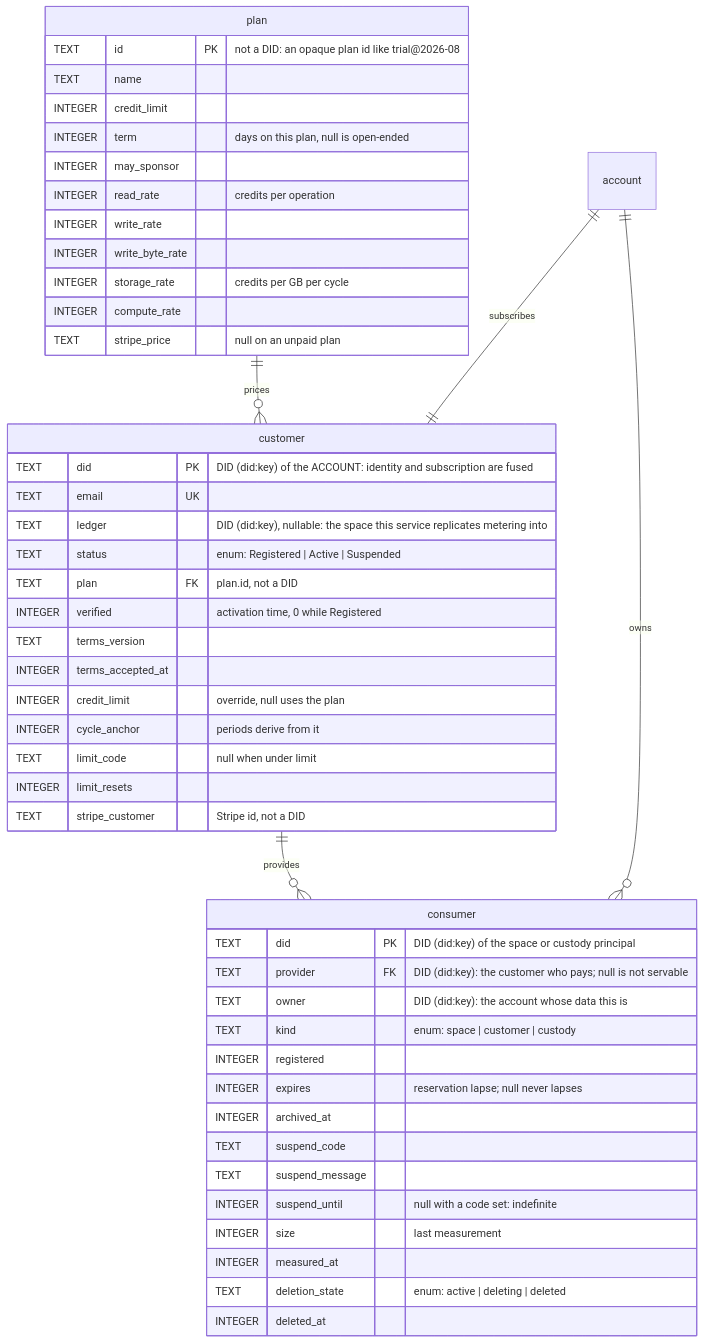
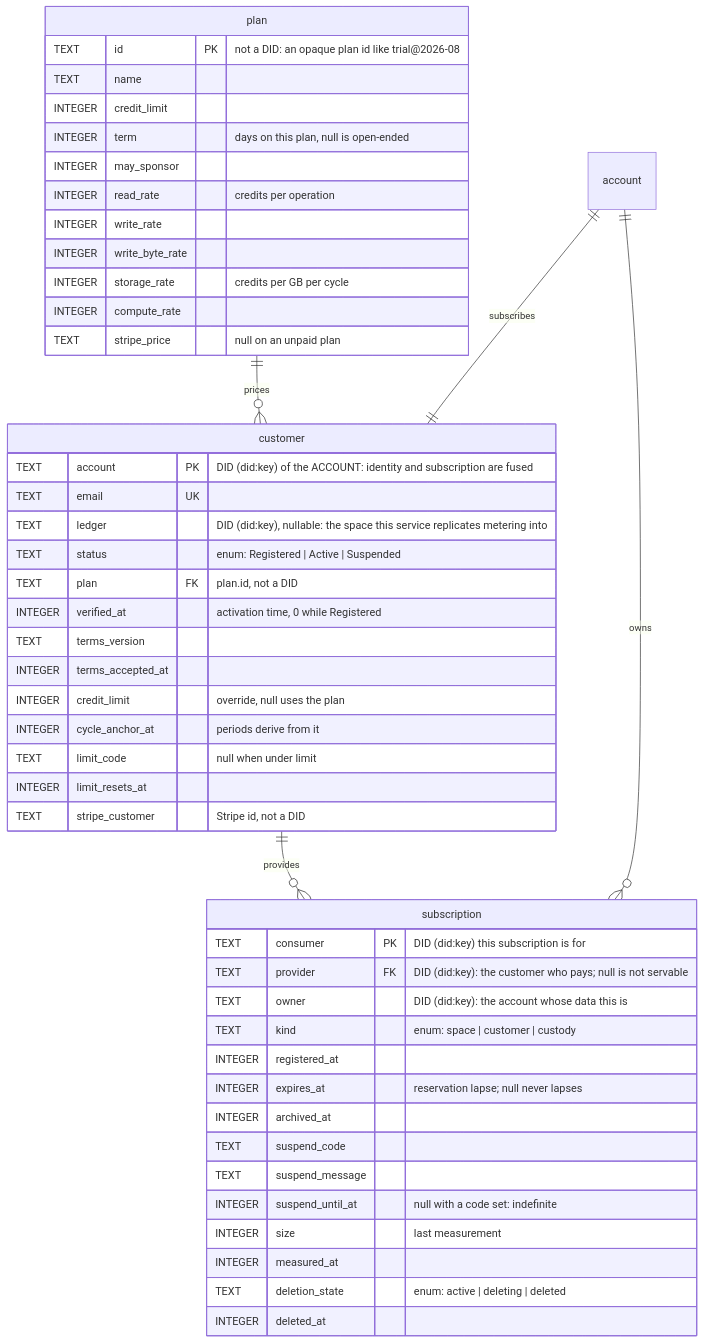
The first of 3 diagrams in docs/access-control-schema.md (tonk-labs/tonk), drawn with Mermaid before and after one commit. The commit also changed other lines of this file, not shown here.

Commit message:
docs(access): follow the schema renames

````diff
--- a/docs/access-control-schema.md
+++ b/docs/access-control-schema.md
@@ -13,54 +13,54 @@
 ```mermaid
 erDiagram
     plan ||--o{ customer : prices
     account ||--|| customer : subscribes
-    customer ||--o{ consumer : provides
-    account ||--o{ consumer : owns
+    customer ||--o{ subscription : provides
+    account ||--o{ subscription : owns
 
     plan {
         TEXT id PK "not a DID: an opaque plan id like trial@2026-08"
         TEXT name
         INTEGER credit_limit
         INTEGER term "days on this plan, null is open-ended"
         INTEGER may_sponsor
         INTEGER read_rate "credits per operation"
         INTEGER write_rate
         INTEGER write_byte_rate
         INTEGER storage_rate "credits per GB per cycle"
         INTEGER compute_rate
         TEXT stripe_price "null on an unpaid plan"
     }
 
     customer {
-        TEXT did PK "DID (did:key) of the ACCOUNT: identity and subscription are fused"
+        TEXT account PK "DID (did:key) of the ACCOUNT: identity and subscription are fused"
         TEXT email UK
         TEXT ledger "DID (did:key), nullable: the space this service replicates metering into"
         TEXT status "enum: Registered | Active | Suspended"
         TEXT plan FK "plan.id, not a DID"
-        INTEGER verified "activation time, 0 while Registered"
+        INTEGER verified_at "activation time, 0 while Registered"
         TEXT terms_version
         INTEGER terms_accepted_at
         INTEGER credit_limit "override, null uses the plan"
-        INTEGER cycle_anchor "periods derive from it"
+        INTEGER cycle_anchor_at "periods derive from it"
         TEXT limit_code "null when under limit"
-        INTEGER limit_resets
+        INTEGER limit_resets_at
         TEXT stripe_customer "Stripe id, not a DID"
     }
 
-    consumer {
-        TEXT did PK "DID (did:key) of the space or custody principal"
+    subscription {
+        TEXT consumer PK "DID (did:key) this subscription is for"
         TEXT provider FK "DID (did:key): the customer who pays; null is not servable"
         TEXT owner "DID (did:key): the account whose data this is"
         TEXT kind "enum: space | customer | custody"
-        INTEGER registered
-        INTEGER expires "reservation lapse; null never lapses"
+        INTEGER registered_at
+        INTEGER expires_at "reservation lapse; null never lapses"
         INTEGER archived_at
         TEXT suspend_code
         TEXT suspend_message
-        INTEGER suspend_until "null with a code set: indefinite"
+        INTEGER suspend_until_at "null with a code set: indefinite"
         INTEGER size "last measurement"
         INTEGER measured_at
         TEXT deletion_state "enum: active | deleting | deleted"
         INTEGER deleted_at
     }
 ```
````
